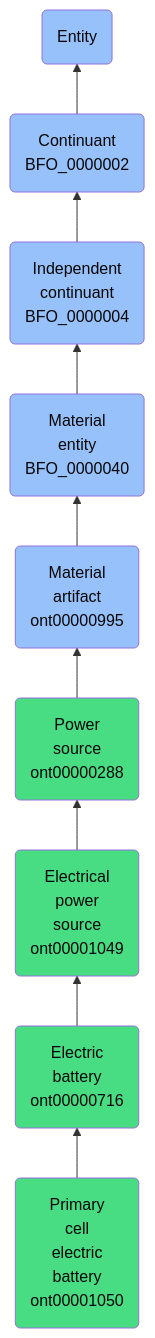
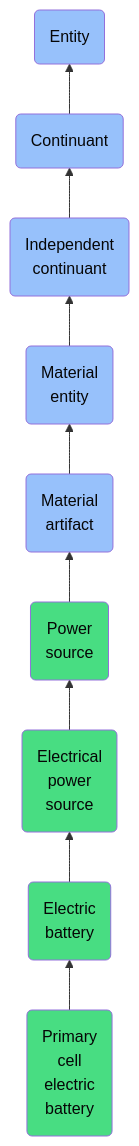
One commit to jupyter-naas/abi changed the diagram in docs/ontology/reference/model/Entity/Continuant/Independent continuant/Material entity/Material artifact/Power source/Electrical power source/Electric battery/Primary cell electric battery/Primary cell electric battery.md. Above: the diagram before and after it, drawn with Mermaid. The commit also changed other lines of this file and 1430 other files, not shown here.

````diff
--- a/docs/ontology/reference/model/Entity/Continuant/Independent continuant/Material entity/Material artifact/Power source/Electrical power source/Electric battery/Primary cell electric battery/Primary cell electric battery.md
+++ b/docs/ontology/reference/model/Entity/Continuant/Independent continuant/Material entity/Material artifact/Power source/Electrical power source/Electric battery/Primary cell electric battery/Primary cell electric battery.md
@@ -24,16 +24,16 @@
 ```mermaid
 graph BT
-    ont00001050(Primary<br>cell<br>electric<br>battery<br>ont00001050):::ABI-->ont00000716
-    ont00000716(Electric<br>battery<br>ont00000716):::ABI-->ont00001049
-    ont00001049(Electrical<br>power<br>source<br>ont00001049):::ABI-->ont00000288
-    ont00000288(Power<br>source<br>ont00000288):::ABI-->ont00000995
-    ont00000995(Material<br>artifact<br>ont00000995):::BFO-->BFO_0000040
-    BFO_0000040(Material<br>entity<br>BFO_0000040):::BFO-->BFO_0000004
-    BFO_0000004(Independent<br>continuant<br>BFO_0000004):::BFO-->BFO_0000002
-    BFO_0000002(Continuant<br>BFO_0000002):::BFO-->BFO_0000001
+    ont00001050(Primary<br>cell<br>electric<br>battery):::ABI-->ont00000716
+    ont00000716(Electric<br>battery):::ABI-->ont00001049
+    ont00001049(Electrical<br>power<br>source):::ABI-->ont00000288
+    ont00000288(Power<br>source):::ABI-->ont00000995
+    ont00000995(Material<br>artifact):::BFO-->BFO_0000040
+    BFO_0000040(Material<br>entity):::BFO-->BFO_0000004
+    BFO_0000004(Independent<br>continuant):::BFO-->BFO_0000002
+    BFO_0000002(Continuant):::BFO-->BFO_0000001
     BFO_0000001(Entity):::BFO
     
     classDef BFO fill:#97c1fb,color:#060606
     classDef CCO fill:#e4c51e,color:#060606
     classDef ABI fill:#48DD82,color:#060606
 ```
````
